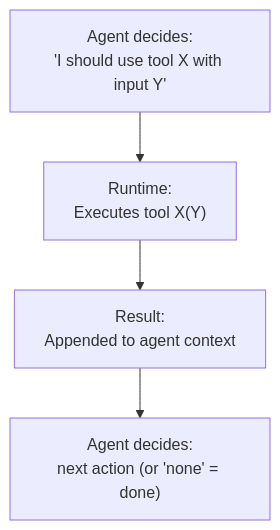
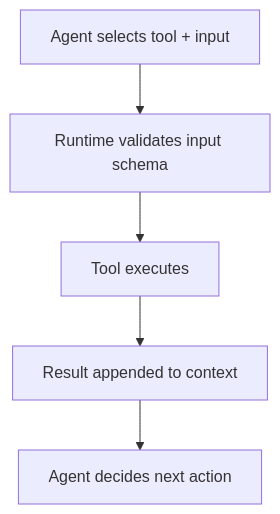
One commit to Guebbit/manna changed the first of 2 diagrams in docs/packages/tools/index.md. Above: the diagram before and after it, drawn with Mermaid. The commit also changed other lines of this file and 52 other files, not shown here.

````diff
--- a/docs/packages/tools/index.md
+++ b/docs/packages/tools/index.md
@@ -15,6 +13,7 @@
 ```mermaid
 flowchart TD
-    A["Agent decides:\n'I should use tool X with input Y'"] --> B["Runtime:\nExecutes tool X(Y)"]
-    B --> C["Result:\nAppended to agent context"]
-    C --> D["Agent decides:\nnext action (or 'none' = done)"]
+    A[Agent selects tool + input] --> B[Runtime validates input schema]
+    B --> C[Tool executes]
+    C --> D[Result appended to context]
+    D --> E[Agent decides next action]
 ```
````
